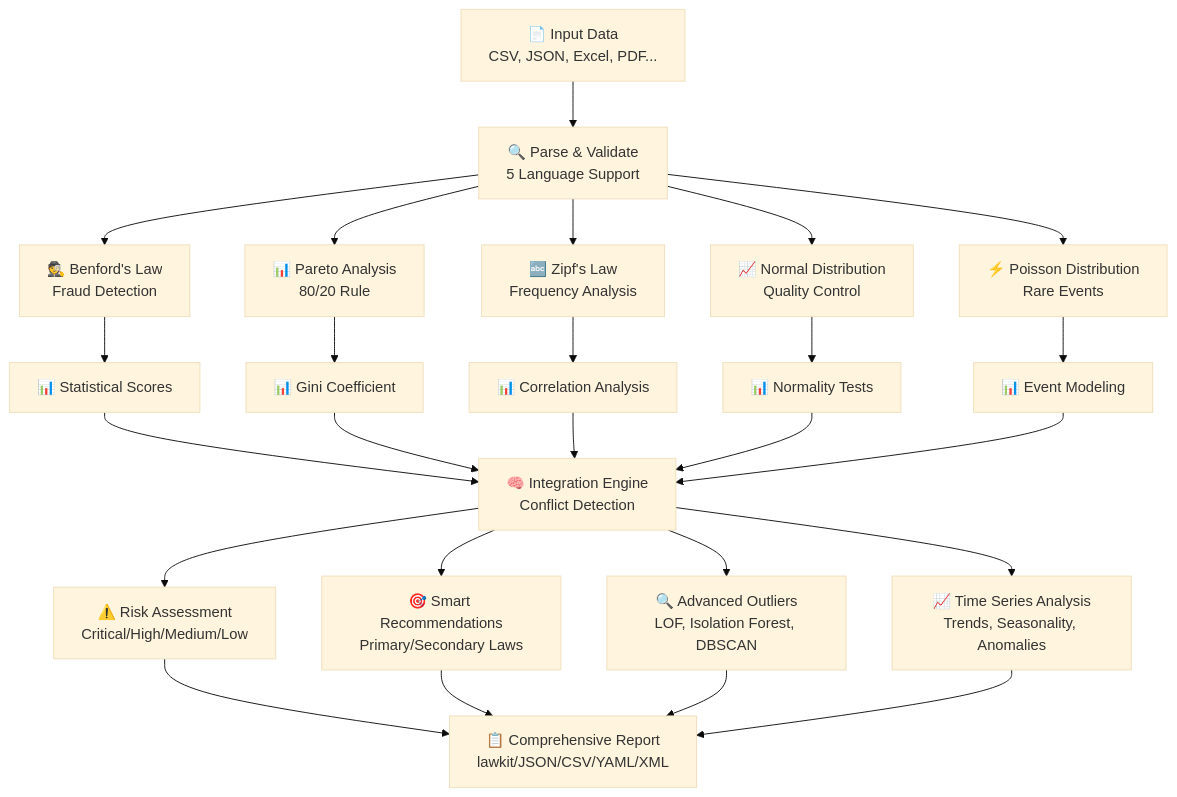
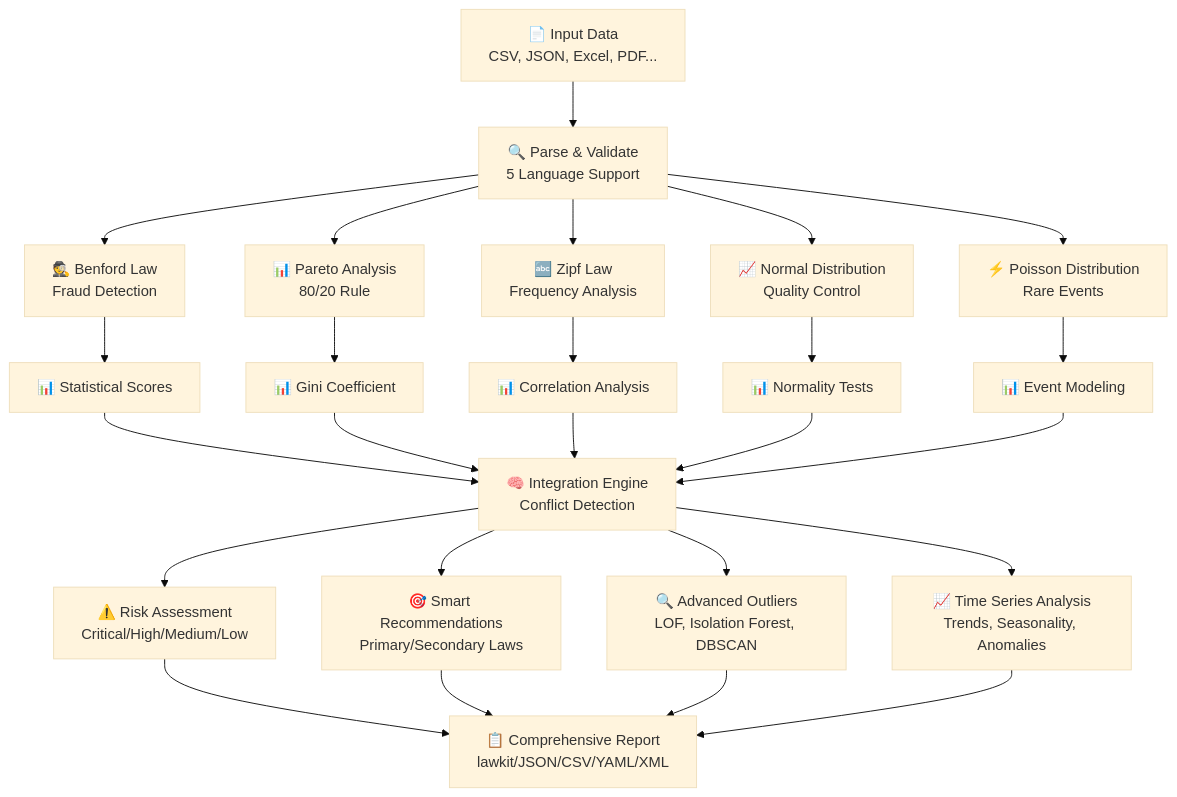
Before and after one commit to kako-jun/lawkit: the first of 3 diagrams in README.md, drawn with Mermaid (base theme). The commit also changed other lines of this file and 5 other files, not shown here.

````diff
--- a/README.md
+++ b/README.md
@@ -64,32 +77,32 @@
 ```mermaid
 graph TB
     A[📄 Input Data<br/>CSV, JSON, Excel, PDF...] --> B[🔍 Parse & Validate<br/>5 Language Support]
     
-    B --> C1[🕵️ Benford's Law<br/>Fraud Detection]
+    B --> C1[🕵️ Benford Law<br/>Fraud Detection]
     B --> C2[📊 Pareto Analysis<br/>80/20 Rule]
-    B --> C3[🔤 Zipf's Law<br/>Frequency Analysis]
+    B --> C3[🔤 Zipf Law<br/>Frequency Analysis]
     B --> C4[📈 Normal Distribution<br/>Quality Control]
     B --> C5[⚡ Poisson Distribution<br/>Rare Events]
     
     C1 --> D1[📊 Statistical Scores]
     C2 --> D2[📊 Gini Coefficient]
     C3 --> D3[📊 Correlation Analysis]
     C4 --> D4[📊 Normality Tests]
     C5 --> D5[📊 Event Modeling]
     
     D1 --> E[🧠 Integration Engine<br/>Conflict Detection]
     D2 --> E
     D3 --> E
     D4 --> E
     D5 --> E
     
     E --> F1[⚠️ Risk Assessment<br/>Critical/High/Medium/Low]
     E --> F2[🎯 Smart Recommendations<br/>Primary/Secondary Laws]
     E --> F3[🔍 Advanced Outliers<br/>LOF, Isolation Forest, DBSCAN]
     E --> F4[📈 Time Series Analysis<br/>Trends, Seasonality, Anomalies]
     
     F1 --> G[📋 Comprehensive Report<br/>lawkit/JSON/CSV/YAML/XML]
     F2 --> G
     F3 --> G
     F4 --> G
 ```
````
